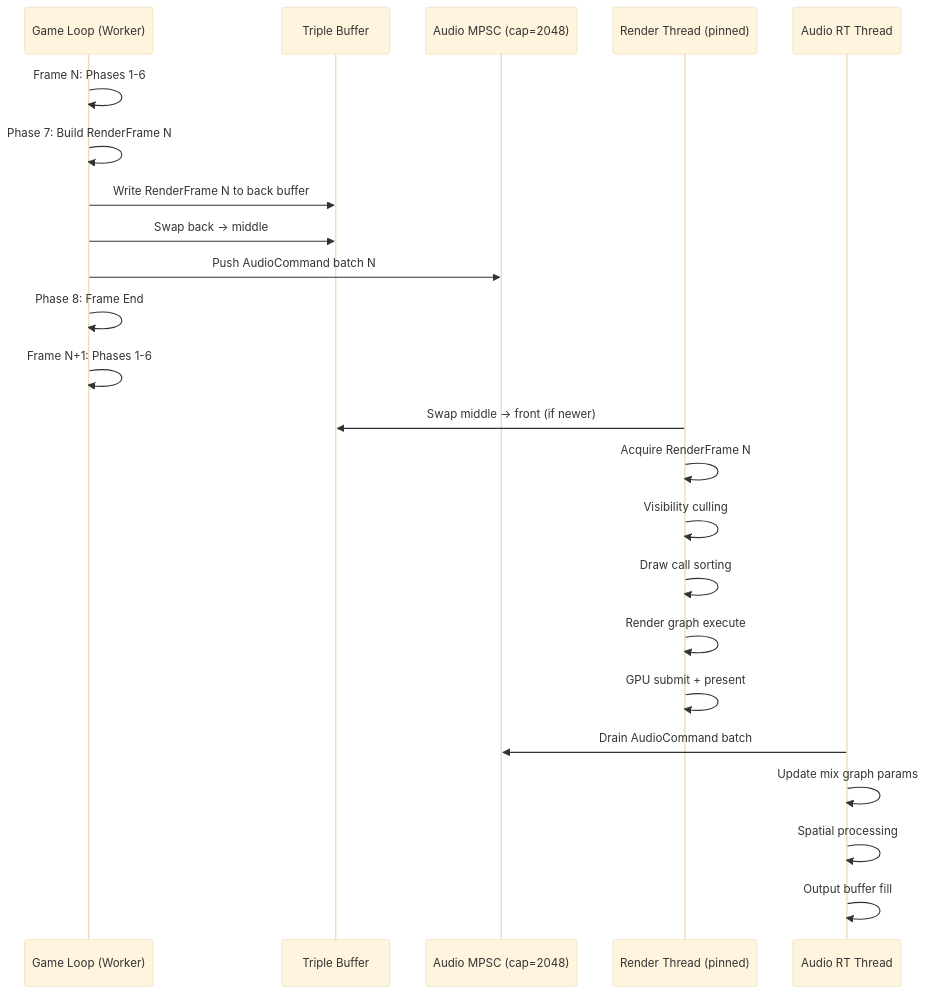
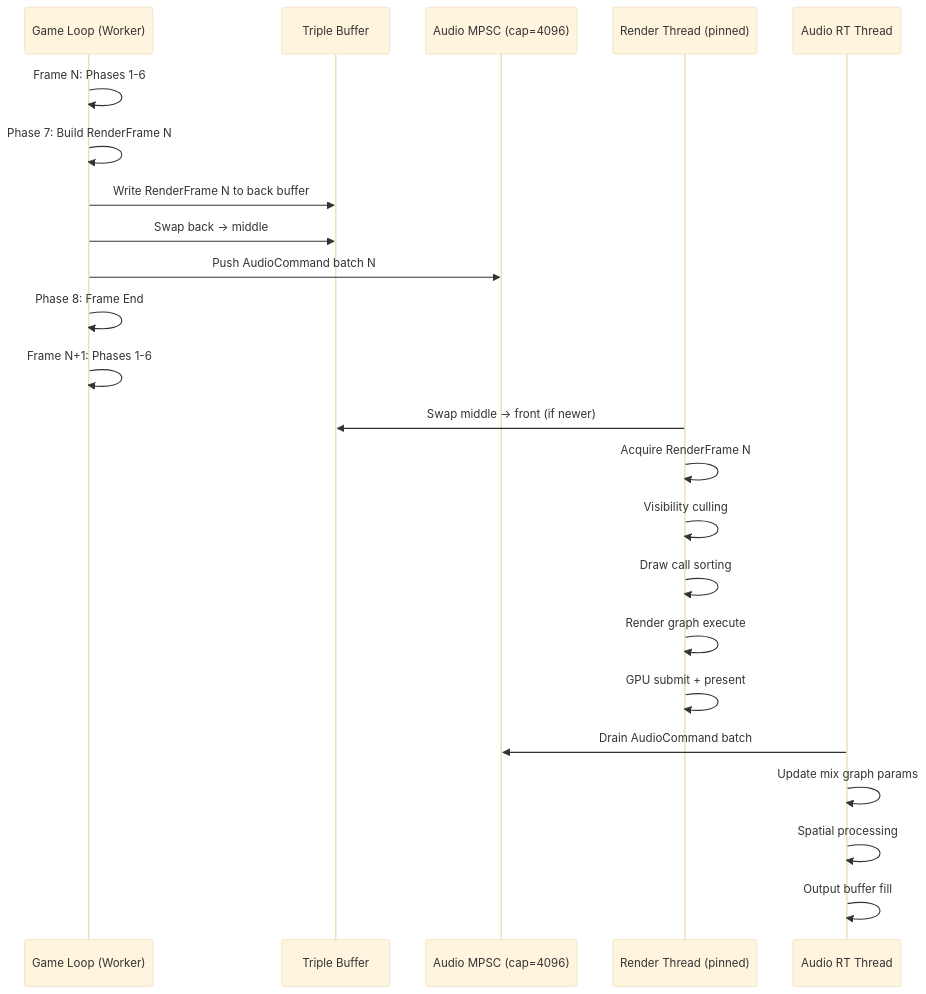
The third of 5 diagrams in docs/design/integration/high-level.md (harmonius-dev/harmonius), drawn with Mermaid (base theme) before and after one commit. The commit also changed other lines of this file and 6 other files, not shown here.

````diff
--- a/docs/design/integration/high-level.md
+++ b/docs/design/integration/high-level.md
@@ -384,28 +385,28 @@
 ```mermaid
 sequenceDiagram
     participant GL as Game Loop (Worker)
     participant TB as Triple Buffer
-    participant AQ as Audio MPSC (cap=2048)
+    participant AQ as Audio MPSC (cap=4096)
     participant RT as Render Thread (pinned)
     participant AT as Audio RT Thread
 
     GL->>GL: Frame N: Phases 1-6
     GL->>GL: Phase 7: Build RenderFrame N
     GL->>TB: Write RenderFrame N to back buffer
     GL->>TB: Swap back -> middle
     GL->>AQ: Push AudioCommand batch N
     GL->>GL: Phase 8: Frame End
     GL->>GL: Frame N+1: Phases 1-6
 
     RT->>TB: Swap middle -> front (if newer)
     RT->>RT: Acquire RenderFrame N
     RT->>RT: Visibility culling
     RT->>RT: Draw call sorting
     RT->>RT: Render graph execute
     RT->>RT: GPU submit + present
 
     AT->>AQ: Drain AudioCommand batch
     AT->>AT: Update mix graph params
     AT->>AT: Spatial processing
     AT->>AT: Output buffer fill
 ```
````
